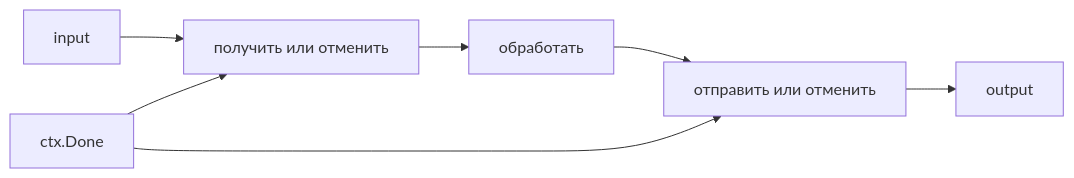
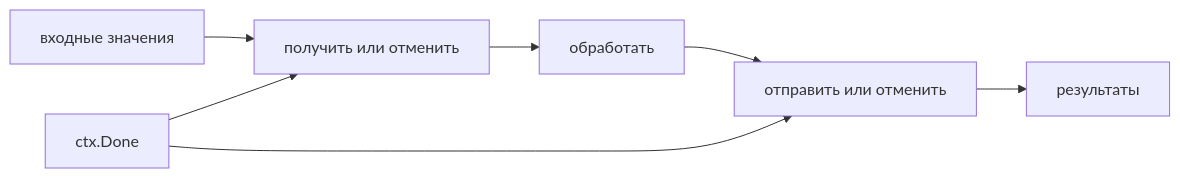
Before and after one commit to leary1337/vault: the diagram in docs/go/concurrency/patterns.md, drawn with Mermaid. The commit also changed other lines of this file and 325 other files, not shown here.

````diff
--- a/docs/go/concurrency/patterns.md
+++ b/docs/go/concurrency/patterns.md
@@ -123,9 +102,9 @@
 ```mermaid
 flowchart LR
-    I["input"] --> S["получить или отменить"]
+    I["входные значения"] --> S["получить или отменить"]
     S --> M["обработать"]
     M --> O["отправить или отменить"]
-    O --> R["output"]
+    O --> R["результаты"]
     C["ctx.Done"] --> S
     C --> O
 ```
````
